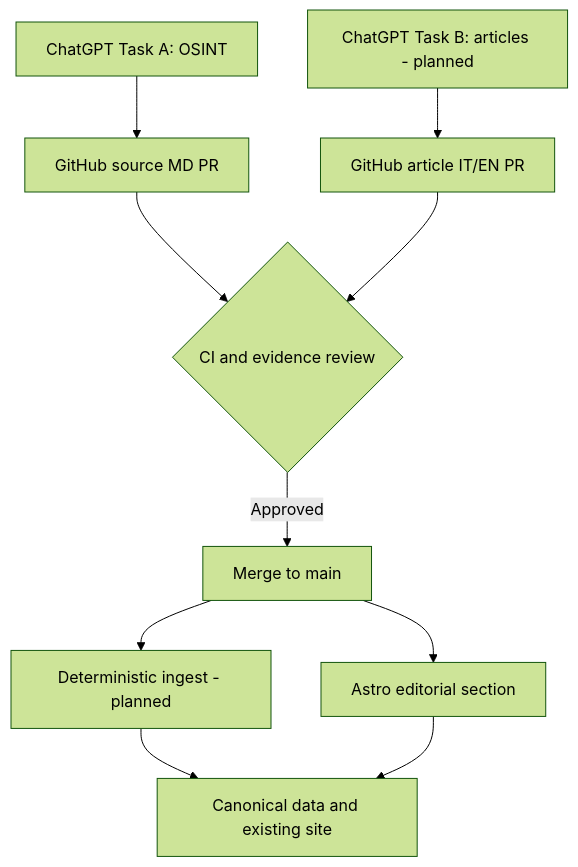
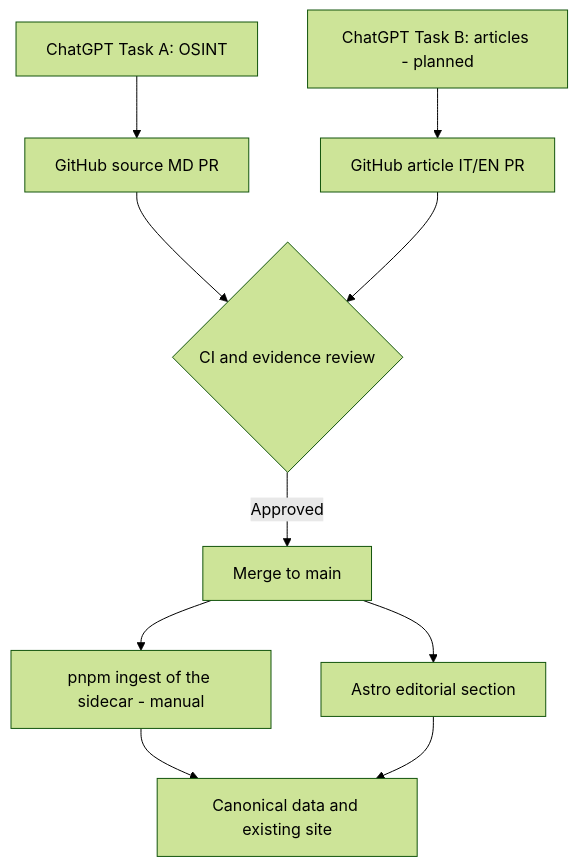
The diagram in README.md (amattis96/our-enemies-monitor), drawn with Mermaid (forest theme) before and after one commit. The commit also changed other lines of this file and 14 other files, not shown here.

First line of the commit message:
feat(m6): deterministic proposals-sidecar ingest (pnpm ingest) (#7)

````diff
--- a/README.md
+++ b/README.md
@@ -166,12 +171,12 @@
 ```mermaid
 flowchart TD
     A[ChatGPT Task A: OSINT] --> C[GitHub source MD PR]
     B[ChatGPT Task B: articles - planned] --> D[GitHub article IT/EN PR]
     C --> E{CI and evidence review}
     D --> E
     E -->|Approved| F[Merge to main]
-    F --> G[Deterministic ingest - planned]
+    F --> G[pnpm ingest of the sidecar - manual]
     F --> H[Astro editorial section]
     G --> I[Canonical data and existing site]
     H --> I
 ```
````
